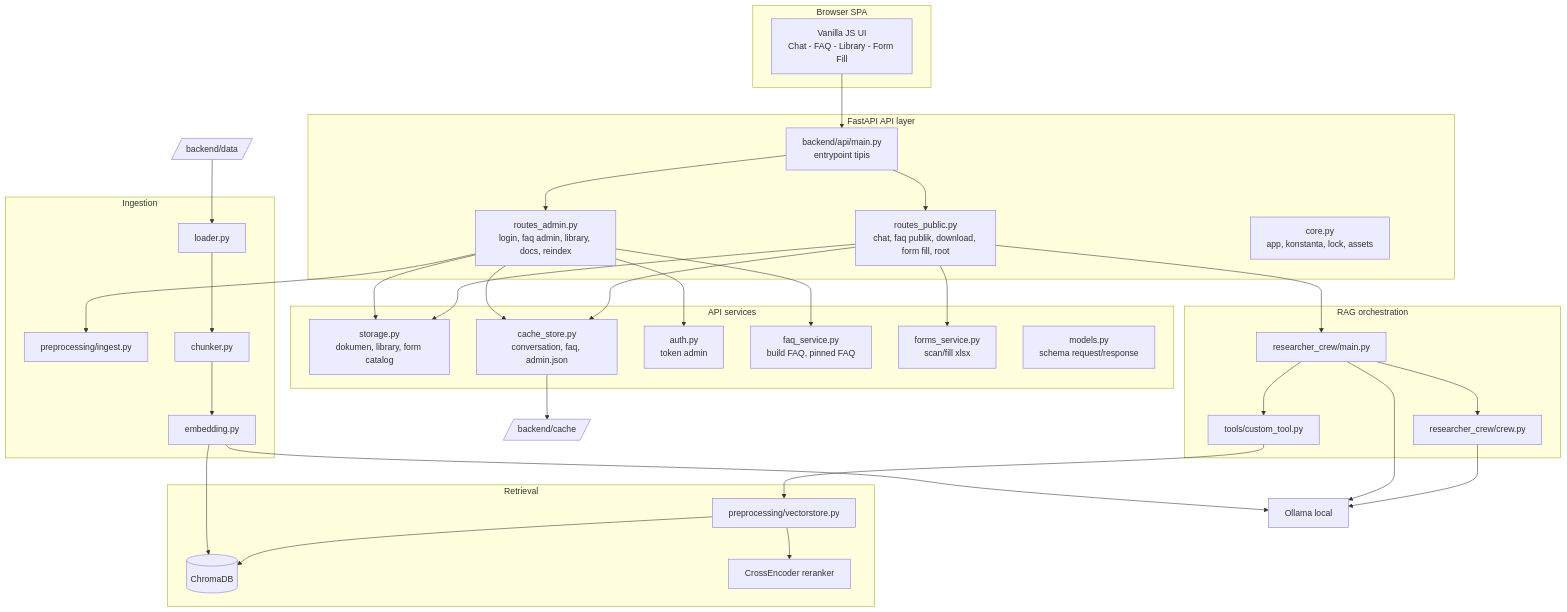
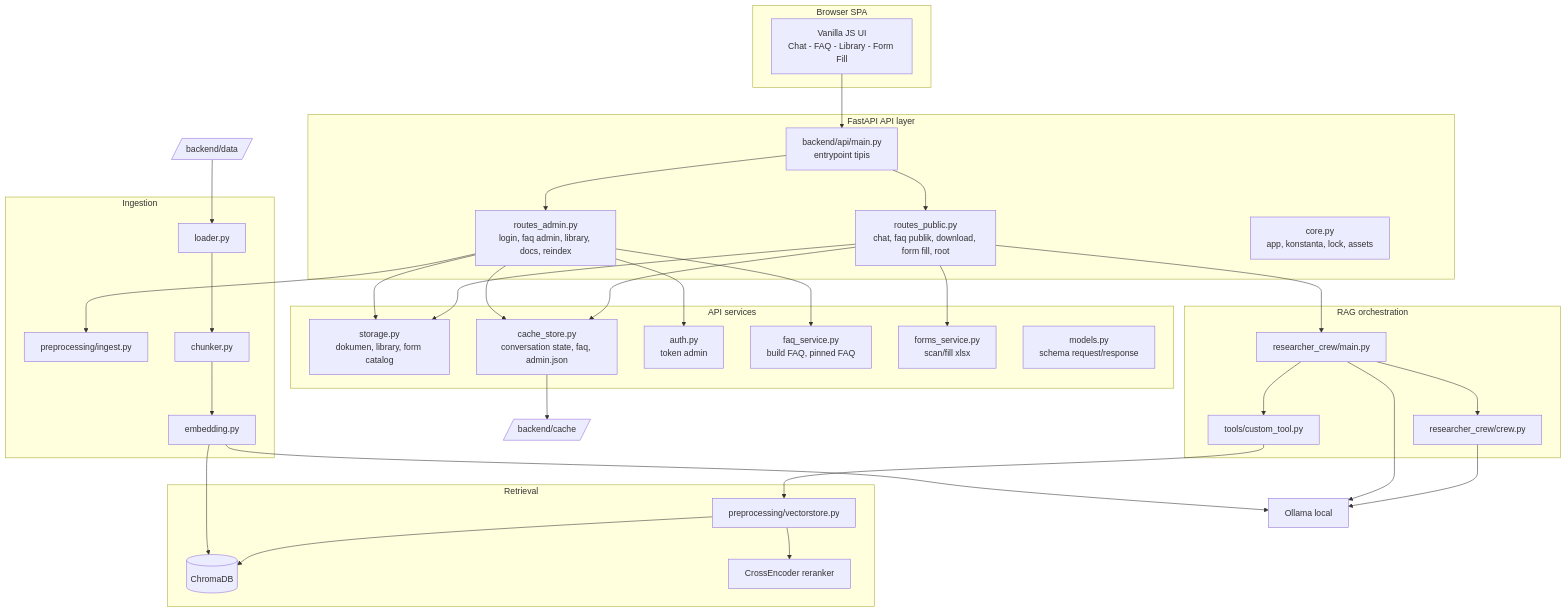
Before and after one commit to Akram17t/Internship: the diagram in Capstone/docs/ARCHITECTURE.md, drawn with Mermaid. The commit also changed other lines of this file and 8 other files, not shown here.

````diff
--- a/Capstone/docs/ARCHITECTURE.md
+++ b/Capstone/docs/ARCHITECTURE.md
@@ -9,70 +9,70 @@
 ```mermaid
 flowchart TB
     subgraph Client["Browser SPA"]
         UI["Vanilla JS UI<br/>Chat - FAQ - Library - Form Fill"]
     end
 
     subgraph Server["FastAPI API layer"]
         MAIN["backend/api/main.py<br/>entrypoint tipis"]
         PUBLIC["routes_public.py<br/>chat, faq publik, download, form fill, root"]
         ADMIN["routes_admin.py<br/>login, faq admin, library, docs, reindex"]
         CORE["core.py<br/>app, konstanta, lock, assets"]
     end
 
     subgraph Services["API services"]
         STORAGE["storage.py<br/>dokumen, library, form catalog"]
-        CACHE["cache_store.py<br/>conversation, faq, admin.json"]
+        CACHE["cache_store.py<br/>conversation state, faq, admin.json"]
         AUTH["auth.py<br/>token admin"]
         FAQSVC["faq_service.py<br/>build FAQ, pinned FAQ"]
         FORMSVC["forms_service.py<br/>scan/fill xlsx"]
         MODELS["models.py<br/>schema request/response"]
     end
 
     subgraph RAG["RAG orchestration"]
         RCMAIN["researcher_crew/main.py"]
         CREW["researcher_crew/crew.py"]
         TOOL["tools/custom_tool.py"]
     end
 
     subgraph Retrieval["Retrieval"]
         VS["preprocessing/vectorstore.py"]
         CHROMA[("ChromaDB")]
         RERANK["CrossEncoder reranker"]
     end
 
     subgraph Ingest["Ingestion"]
         INGEST["preprocessing/ingest.py"]
         LOAD["loader.py"]
         CHUNK["chunker.py"]
         EMB["embedding.py"]
     end
 
     OLLAMA["Ollama local"]
     DATA[/"backend/data"/]
     CACHEFILES[/"backend/cache"/]
 
     UI --> MAIN
     MAIN --> PUBLIC
     MAIN --> ADMIN
     PUBLIC --> STORAGE
     PUBLIC --> CACHE
     PUBLIC --> FORMSVC
     PUBLIC --> RCMAIN
     ADMIN --> STORAGE
     ADMIN --> CACHE
     ADMIN --> AUTH
     ADMIN --> FAQSVC
     ADMIN --> INGEST
 
     RCMAIN --> TOOL
     RCMAIN --> CREW
     TOOL --> VS
     CREW --> OLLAMA
     RCMAIN --> OLLAMA
     VS --> CHROMA
     VS --> RERANK
 
     DATA --> LOAD --> CHUNK --> EMB --> CHROMA
     EMB --> OLLAMA
     CACHE --> CACHEFILES
 ```
````
